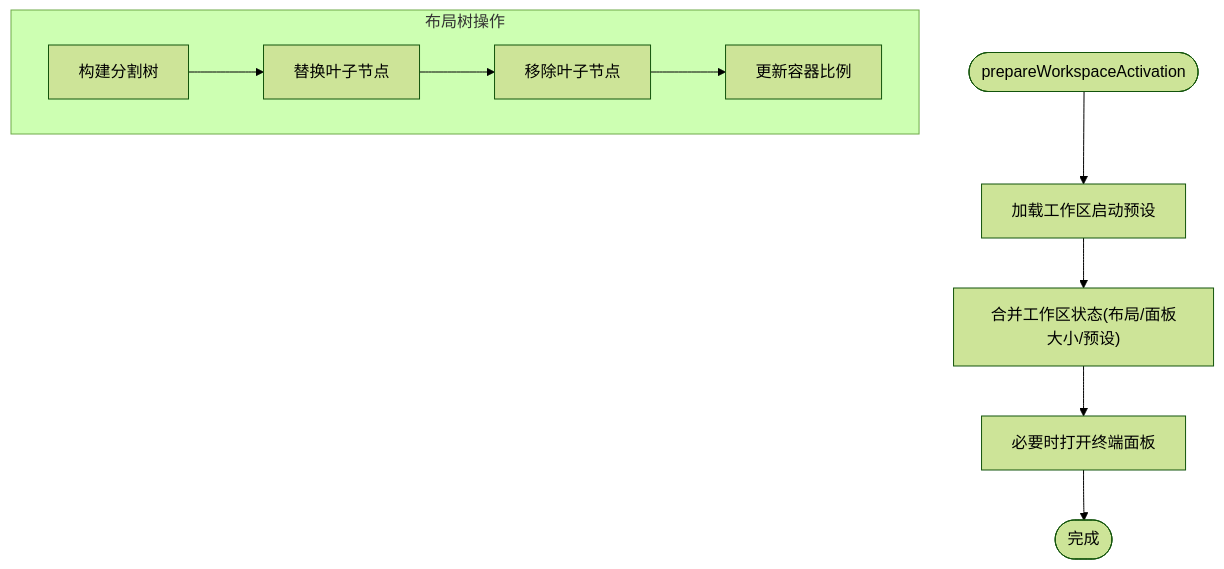
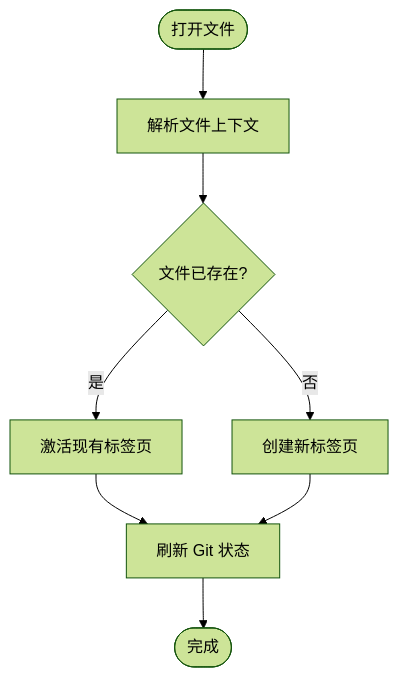
One commit to yattin/panes changed the fifth of 5 diagrams in .qoder/repowiki/zh/content/架构设计/前端架构/状态管理架构.md. Above: the diagram before and after it, drawn with Mermaid (forest theme). The commit also changed other lines of this file and 45 other files, not shown here.

````diff
--- a/.qoder/repowiki/zh/content/架构设计/前端架构/状态管理架构.md
+++ b/.qoder/repowiki/zh/content/架构设计/前端架构/状态管理架构.md
@@ -254,12 +283,10 @@
 ```mermaid
 flowchart TD
-Prepare(["prepareWorkspaceActivation"]) --> LoadPreset["加载工作区启动预设"]
-LoadPreset --> MergeState["合并工作区状态(布局/面板大小/预设)"]
-MergeState --> OpenIfNeeded["必要时打开终端面板"]
-OpenIfNeeded --> End(["完成"])
-subgraph "布局树操作"
-Build["构建分割树"] --> Replace["替换叶子节点"]
-Replace --> Remove["移除叶子节点"]
-Remove --> UpdateRatio["更新容器比例"]
-end
+Open(["打开文件"]) --> Resolve["解析文件上下文"]
+Resolve --> Exists{"文件已存在?"}
+Exists --> |是| Activate["激活现有标签页"]
+Exists --> |否| Create["创建新标签页"]
+Activate --> Refresh["刷新 Git 状态"]
+Create --> Refresh
+Refresh --> Done(["完成"])
 ```
````
